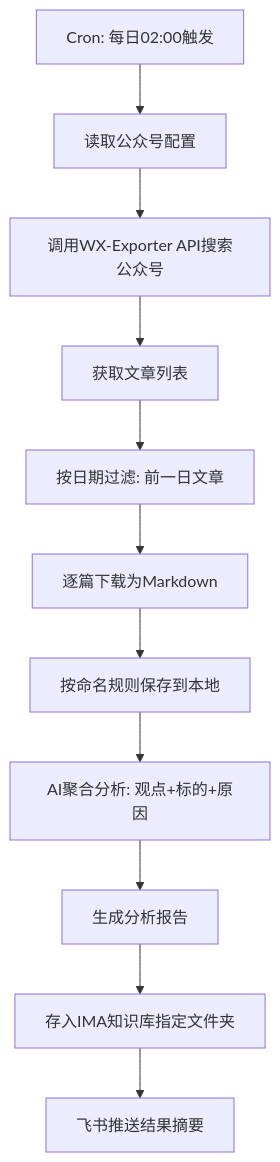
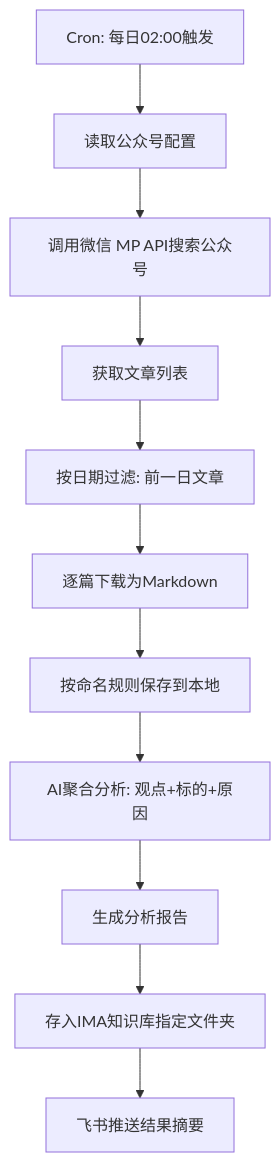
One commit to tottiyang/wechat-article-surfer changed the diagram in SKILL.md. Above: the diagram before and after it, drawn with Mermaid. The commit also changed other lines of this file, not shown here.

````diff
--- a/SKILL.md
+++ b/SKILL.md
@@ -31,13 +31,13 @@
 ```mermaid
 flowchart TD
     A[Cron: 每日02:00触发] --> B[读取公众号配置]
-    B --> C[调用WX-Exporter API搜索公众号]
+    B --> C[调用微信 MP API搜索公众号]
     C --> D[获取文章列表]
     D --> E[按日期过滤: 前一日文章]
     E --> F[逐篇下载为Markdown]
     F --> G[按命名规则保存到本地]
     G --> H[AI聚合分析: 观点+标的+原因]
     H --> I[生成分析报告]
     I --> J[存入IMA知识库指定文件夹]
     J --> K[飞书推送结果摘要]
 ```
````
